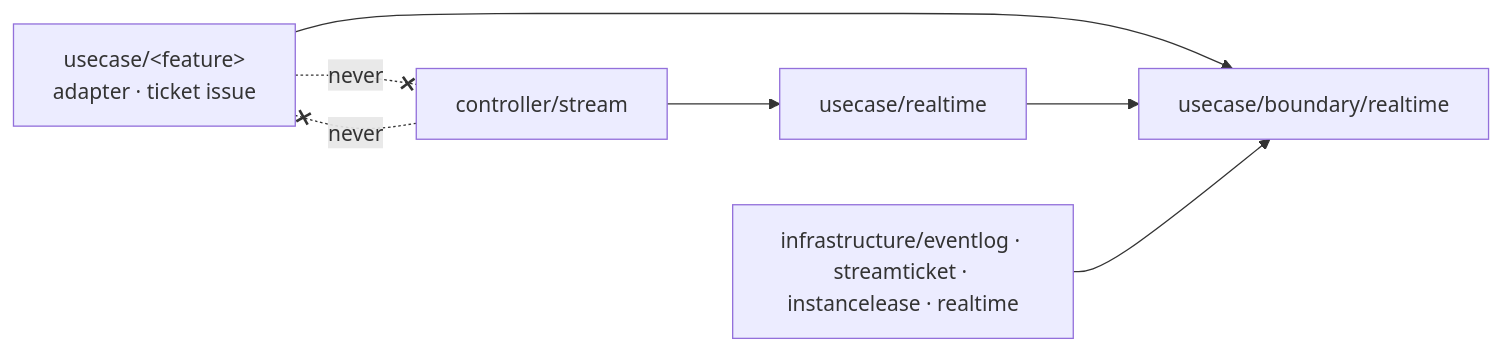
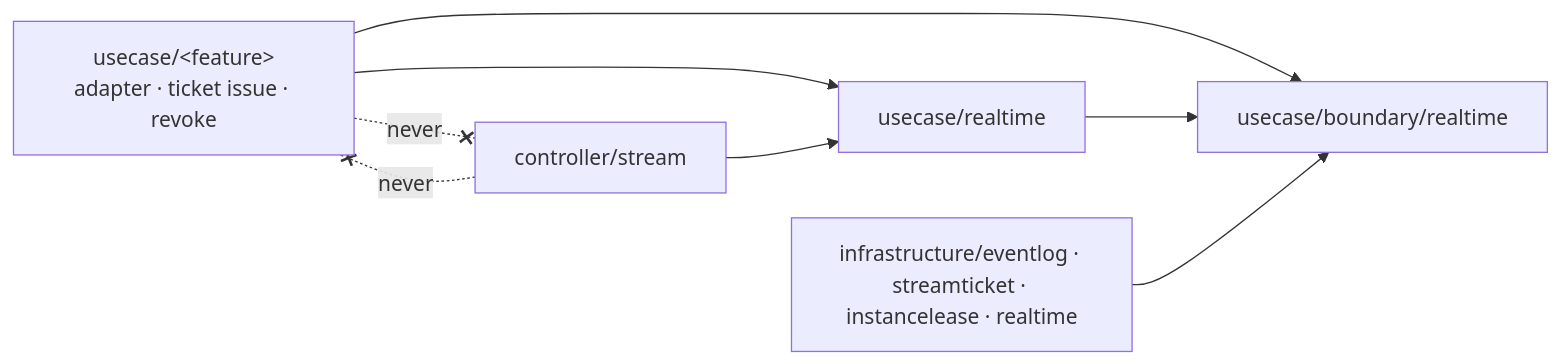
The sixth of 7 diagrams in docs/design/realtime-delivery.ja.md (Tomy-ch/go-boilerplate), drawn with Mermaid before and after one commit. The commit also changed other lines of this file and 43 other files, not shown here.

````diff
--- a/docs/design/realtime-delivery.ja.md
+++ b/docs/design/realtime-delivery.ja.md
@@ -174,9 +174,10 @@
 ```mermaid
 flowchart LR
-  feature["usecase/&lt;feature&gt;<br/>adapter · ticket issue"] --> boundary["usecase/boundary/realtime"]
+  feature["usecase/&lt;feature&gt;<br/>adapter · ticket issue · revoke"] --> boundary["usecase/boundary/realtime"]
+  feature --> ucrt
   ucrt["usecase/realtime"] --> boundary
   stream["controller/stream"] --> ucrt
   infra["infrastructure/eventlog · streamticket · instancelease · realtime"] --> boundary
   feature -. "never" .-x stream
   stream -. "never" .-x feature
 ```
````
